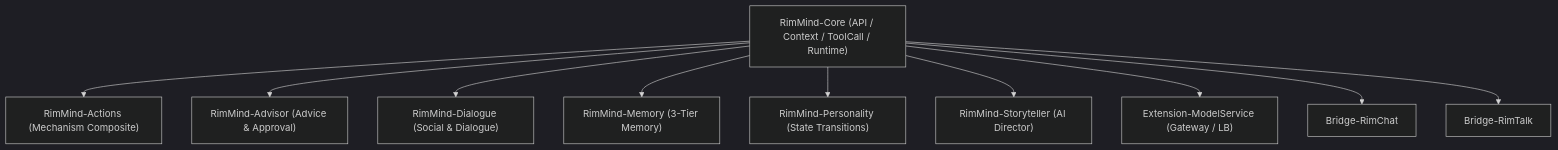
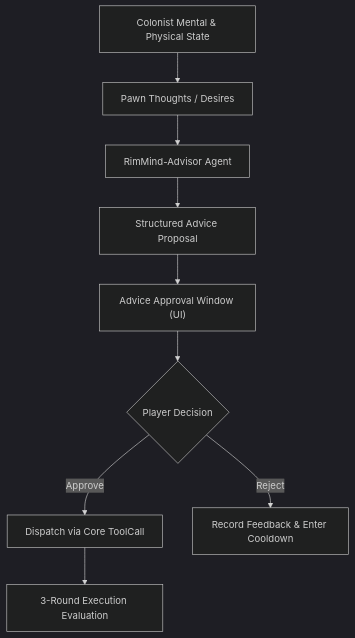
One commit to RimWorld-RimMind-Mod/RimWorld-RimMind-Mod-Advisor changed the diagram in README.md. Above: the diagram before and after it, drawn with Mermaid (dark theme). The commit also changed other lines of this file and 2 other files, not shown here.

````diff
--- a/README.md
+++ b/README.md
@@ -24,13 +41,11 @@
 ```mermaid
-graph TD
-    Core["RimMind-Core (API / Context / ToolCall / Runtime)"]
-    Core --> Actions["RimMind-Actions (Mechanism Composite)"]
-    Core --> Advisor["RimMind-Advisor (Advice & Approval)"]
-    Core --> Dialogue["RimMind-Dialogue (Social & Dialogue)"]
-    Core --> Memory["RimMind-Memory (3-Tier Memory)"]
-    Core --> Personality["RimMind-Personality (State Transitions)"]
-    Core --> Storyteller["RimMind-Storyteller (AI Director)"]
-    Core --> ModelService["Extension-ModelService (Gateway / LB)"]
-    Core --> BridgeRimChat["Bridge-RimChat"]
-    Core --> BridgeRimTalk["Bridge-RimTalk"]
+flowchart TD
+    Pawn["Colonist Mental & Physical State"] --> Thought["Pawn Thoughts / Desires"]
+    Thought --> Advisor["RimMind-Advisor Agent"]
+    Advisor --> Proposal["Structured Advice Proposal"]
+    Proposal --> Overlay["Advice Approval Window (UI)"]
+    Overlay --> Decision{"Player Decision"}
+    Decision -- Approve --> Execute["Dispatch via Core ToolCall"]
+    Decision -- Reject --> Cooldown["Record Feedback & Enter Cooldown"]
+    Execute --> Feedback["3-Round Execution Evaluation"]
 ```
````
